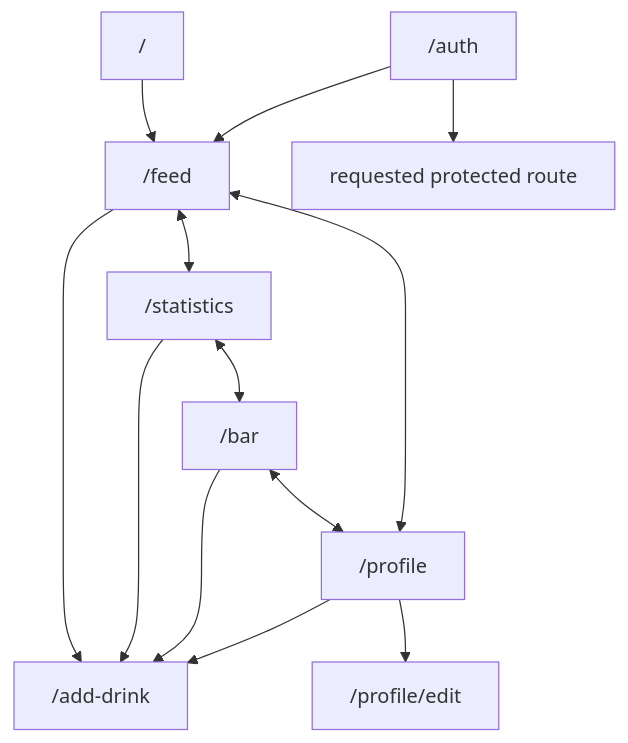
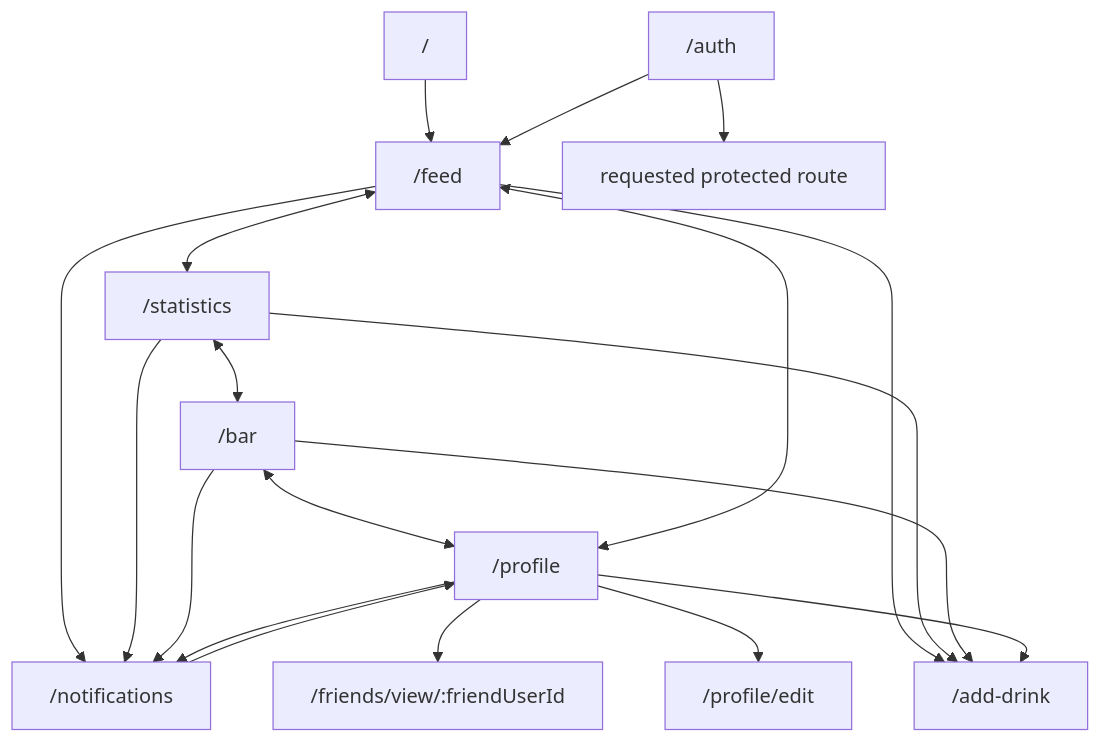
Before and after one commit to donjoergo/glasstrail: the first of 4 diagrams in README.md, drawn with Mermaid. The commit also changed other lines of this file and 111 other files, not shown here.

````diff
--- a/README.md
+++ b/README.md
@@ -49,19 +75,26 @@
 ```mermaid
 flowchart TD
     Root["/"] --> Feed["/feed"]
 
     Feed <--> Statistics["/statistics"]
     Statistics <--> Bar["/bar"]
     Bar <--> Profile["/profile"]
     Profile <--> Feed
 
     Feed --> AddDrink["/add-drink"]
     Statistics --> AddDrink
     Bar --> AddDrink
     Profile --> AddDrink
 
     Profile --> EditProfile["/profile/edit"]
+    Profile --> FriendStats["/friends/view/:friendUserId"]
+
+    Feed --> Notifications["/notifications"]
+    Statistics --> Notifications
+    Bar --> Notifications
+    Profile --> Notifications
+    Notifications --> Profile
 
     Auth["/auth"] --> Requested["requested protected route"]
     Auth --> Feed
 ```
````
